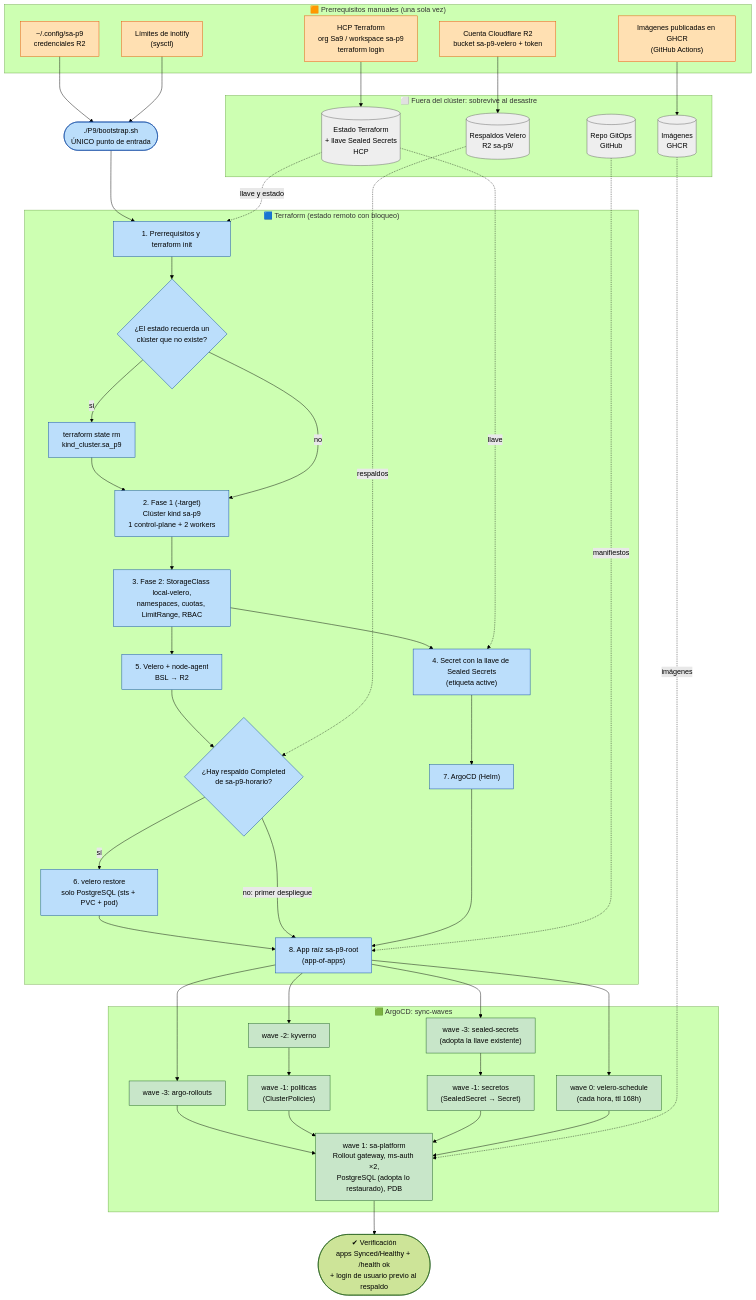
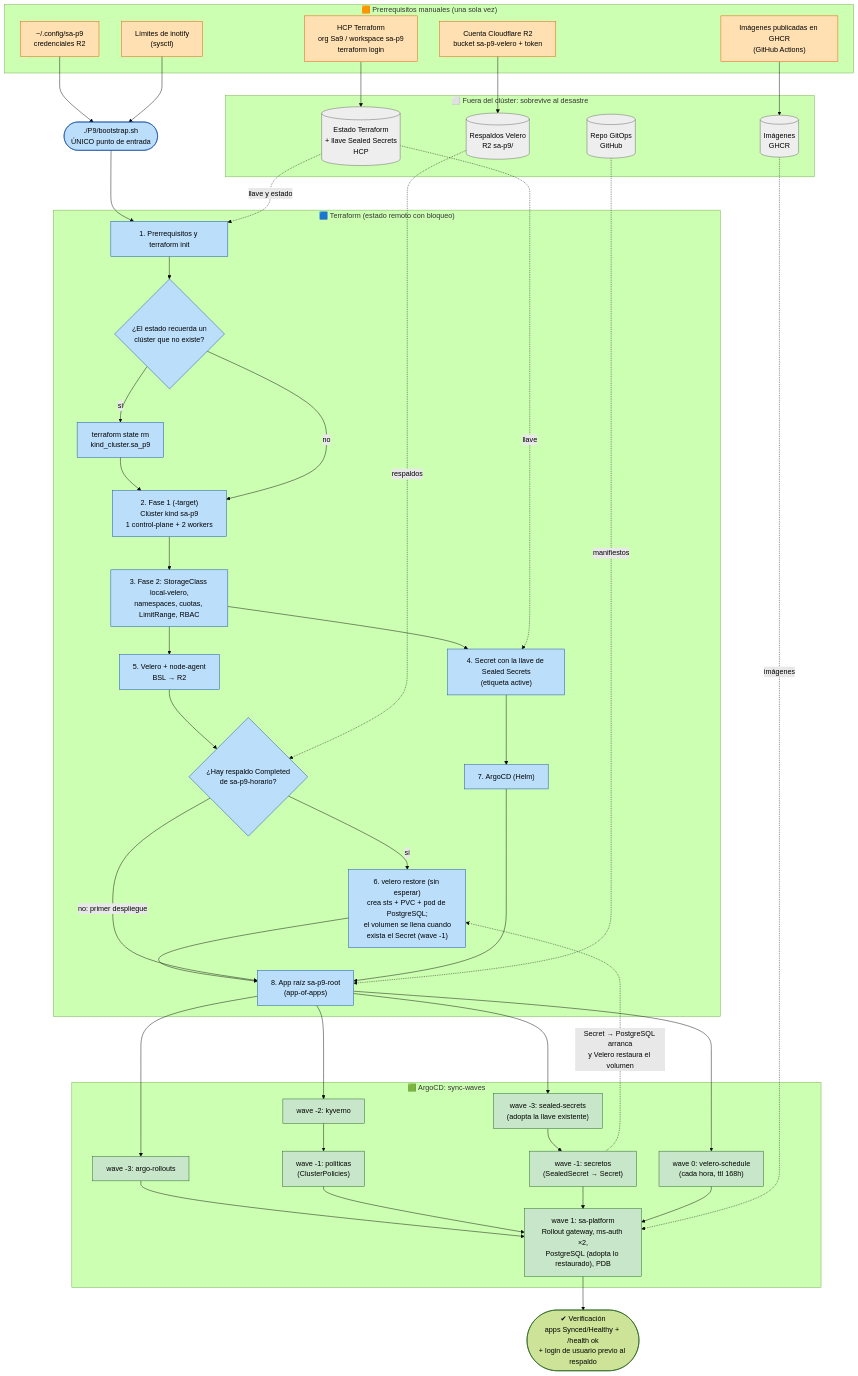
The diagram in P9/DIAGRAMA-BOOTSTRAP.md (DanielVelAv/Pr-cticas-SA-B-202200041), drawn with Mermaid (forest theme) before and after one commit. The commit also changed other lines of this file and 9 other files, not shown here.

```diff
--- a/P9/DIAGRAMA-BOOTSTRAP.md
+++ b/P9/DIAGRAMA-BOOTSTRAP.md
@@ -41,7 +41,7 @@
     B5["4. Secret con la llave de Sealed Secrets<br/>(etiqueta active)"]
     B6["5. Velero + node-agent<br/>BSL → R2"]
     B7{"¿Hay respaldo Completed<br/>de sa-p9-horario?"}
-    B7a["6. velero restore<br/>solo PostgreSQL (sts + PVC + pod)"]
+    B7a["6. velero restore (sin esperar)<br/>crea sts + PVC + pod de PostgreSQL;<br/>el volumen se llena cuando<br/>exista el Secret (wave -1)"]
     B8["7. ArgoCD (Helm)"]
     B9["8. App raíz sa-p9-root<br/>(app-of-apps)"]
     B1 --> B2
@@ -66,6 +66,7 @@
     W1b["wave -1: secretos<br/>(SealedSecret → Secret)"]
     W0["wave 0: velero-schedule<br/>(cada hora, ttl 168h)"]
     W1["wave 1: sa-platform<br/>Rollout gateway, ms-auth ×2,<br/>PostgreSQL (adopta lo restaurado), PDB"]
+    W1b -. "Secret → PostgreSQL arranca<br/>y Velero restaura el volumen" .-> B7a
     W3a --> W1b
     W3b --> W1
     W2 --> W1a --> W1
```
